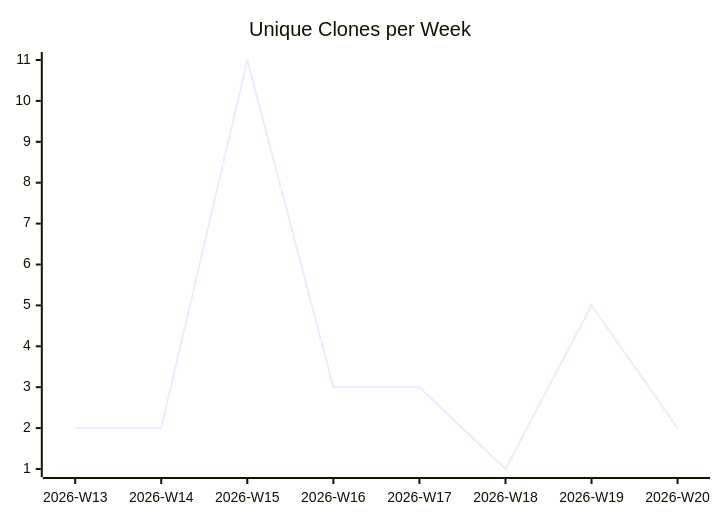
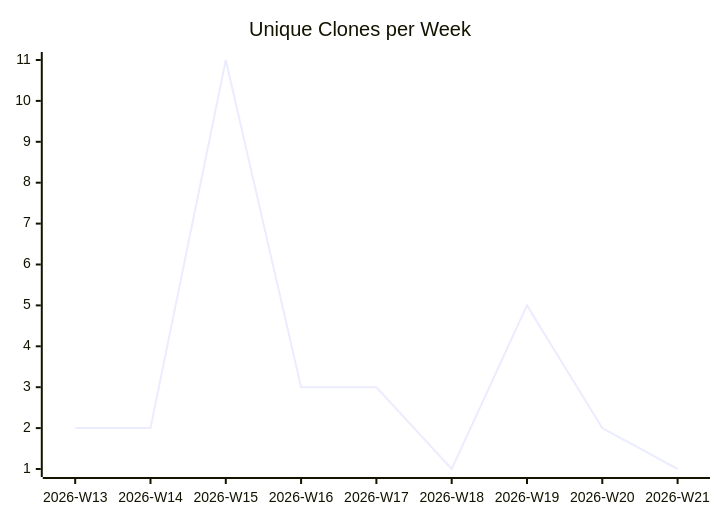
The third of 3 diagrams in karlmdavis/jessentials/README.md (justdavis-family/github-analytics-data), drawn with Mermaid before and after one commit. The commit also changed other lines of this file and 189 other files, not shown here.

````diff
--- a/karlmdavis/jessentials/README.md
+++ b/karlmdavis/jessentials/README.md
@@ -19,6 +19,6 @@
 ```mermaid
 xychart-beta
   title "Unique Clones per Week"
-  x-axis ["2026-W13", "2026-W14", "2026-W15", "2026-W16", "2026-W17", "2026-W18", "2026-W19", "2026-W20"]
-  line [2, 2, 11, 3, 3, 1, 5, 2]
+  x-axis ["2026-W13", "2026-W14", "2026-W15", "2026-W16", "2026-W17", "2026-W18", "2026-W19", "2026-W20", "2026-W21"]
+  line [2, 2, 11, 3, 3, 1, 5, 2, 1]
 ```
````
